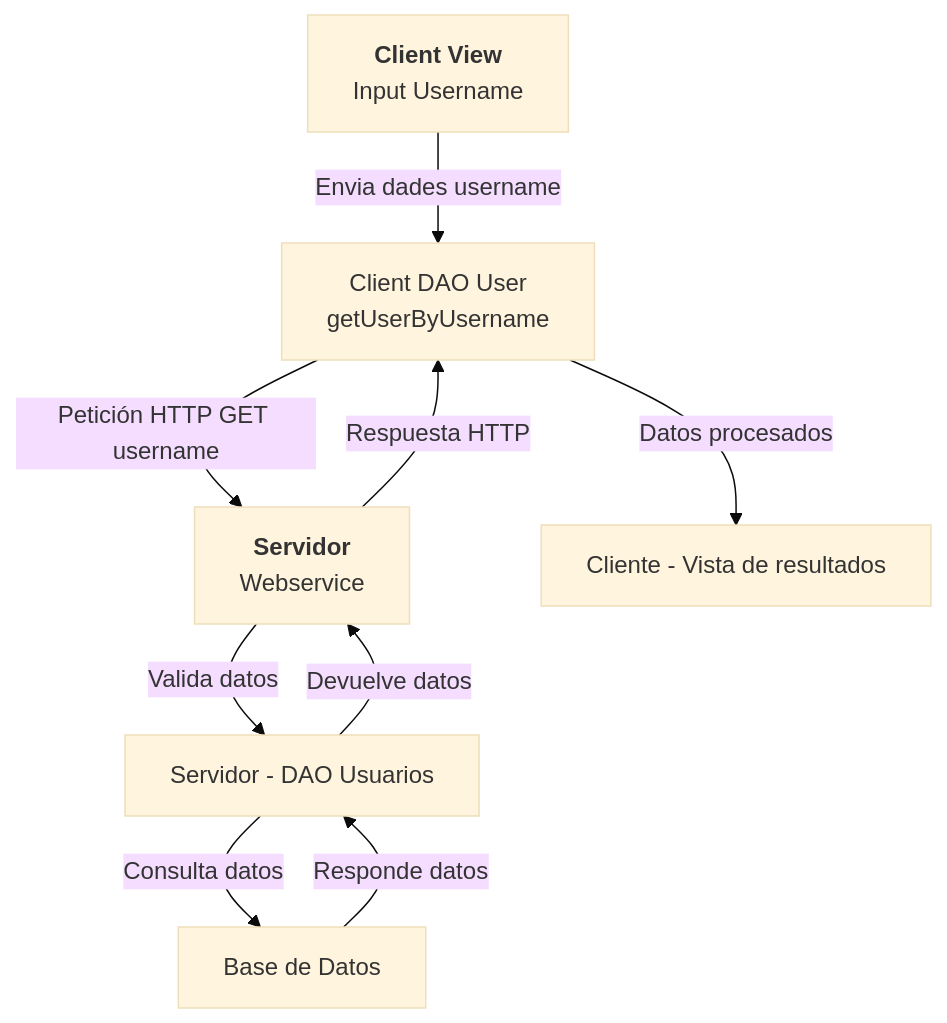
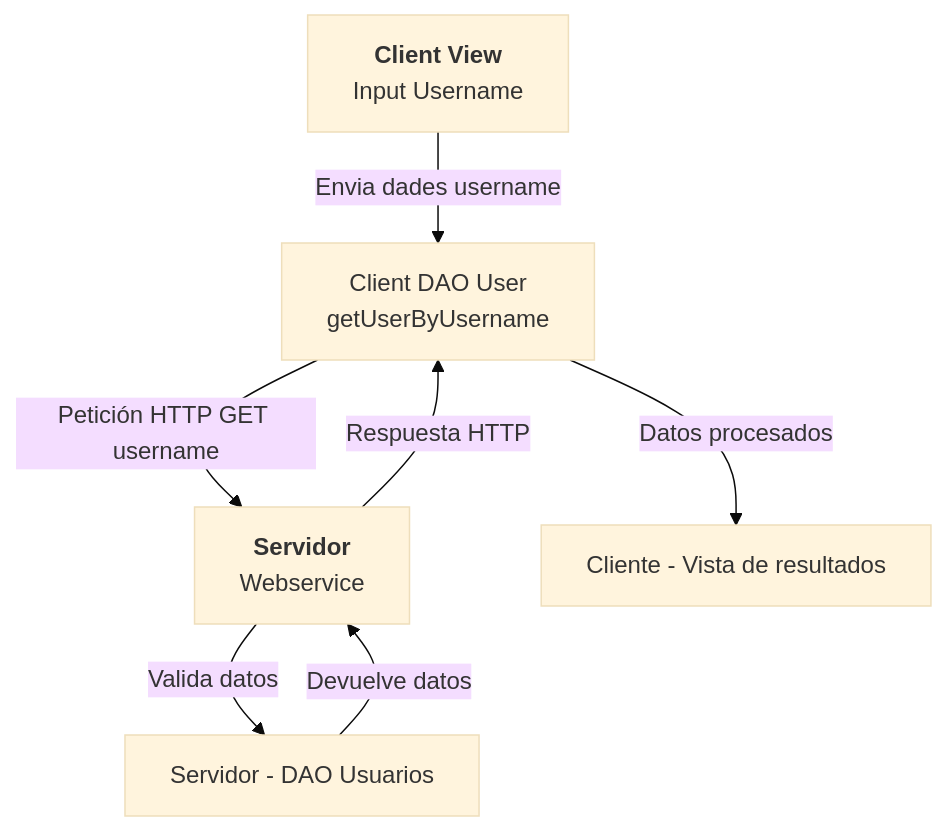
Before and after one commit to Josse71/tapatApp: the diagram in charts/diagramaPrototipo1.mermaid, drawn with Mermaid (base theme).

```diff
--- a/charts/diagramaPrototipo1.mermaid
+++ b/charts/diagramaPrototipo1.mermaid
@@ -1,9 +1,7 @@
 flowchart TD
     A[<b>Client View</b> <br> Input Username] -->|Envia dades username| B[Client DAO User<br> getUserByUsername]
     B -->|Petición HTTP GET username| C[<b>Servidor</b> <br> Webservice]
     C -->|Valida datos| D[Servidor - DAO Usuarios]
-    D -->|Consulta datos| E[Base de Datos]
-    E -->|Responde datos| D
     D -->|Devuelve datos| C
     C -->|Respuesta HTTP| B
     B -->|Datos procesados| F[Cliente - Vista de resultados]
```
